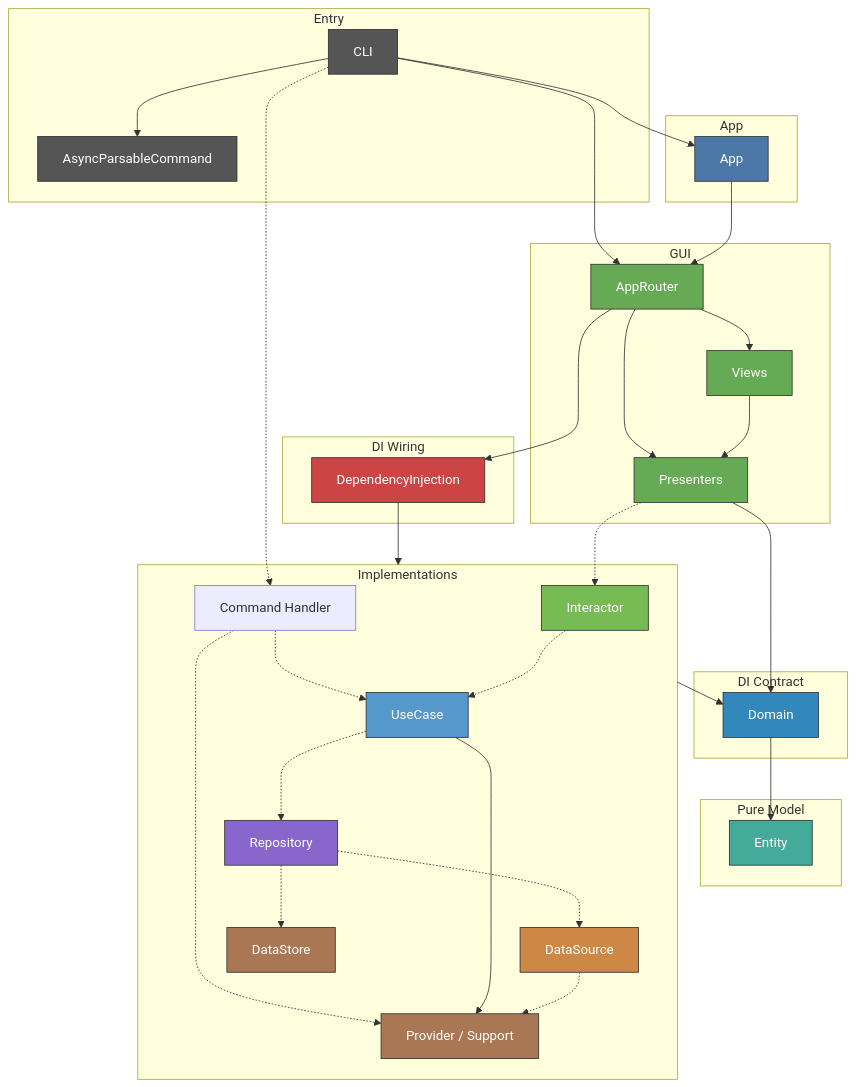
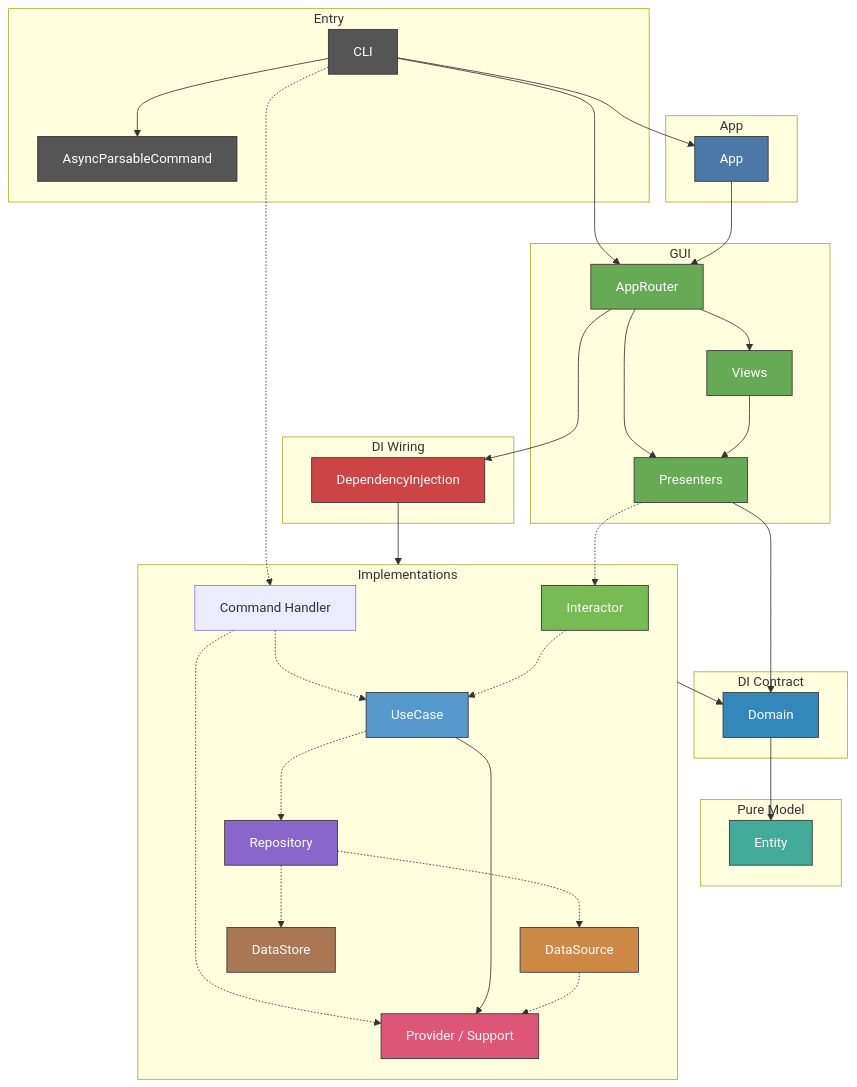
Before and after one commit to GeneralD/lyra: the first of 2 diagrams in .claude/CLAUDE.md, drawn with Mermaid. The commit also changed other lines of this file, not shown here.

````diff
--- a/.claude/CLAUDE.md
+++ b/.claude/CLAUDE.md
@@ -43,73 +43,73 @@
 ```mermaid
 graph TD
     subgraph Entry
         CLI[CLI]
         AsyncParsableCommand[AsyncParsableCommand]
     end
 
     subgraph AppLayer["App"]
         App[App]
     end
 
     subgraph GUI
         AppRouter[AppRouter]
         Views[Views]
         Presenters[Presenters]
     end
 
     subgraph DI Wiring
         DependencyInjection[DependencyInjection]
     end
 
     subgraph DI Contract
         Domain[Domain]
     end
 
     subgraph Pure Model
         Entity[Entity]
     end
 
     subgraph Implementations
         CommandHandler[Command Handler]
         Interactor[Interactor]
         UseCase[UseCase]
         Repository[Repository]
         DataSource[DataSource]
         DataStore[DataStore]
         Support[Provider / Support]
     end
 
     CLI --> App & AppRouter & AsyncParsableCommand
     App --> AppRouter
     AppRouter --> Views & Presenters & DependencyInjection
     DependencyInjection --> Implementations
     Views --> Presenters
     Presenters --> Domain
     Implementations --> Domain
     Domain --> Entity
 
     CLI -.-> CommandHandler
     Presenters -.-> Interactor
     CommandHandler -.-> UseCase & Support
     Interactor -.-> UseCase
     UseCase -.-> Repository
     UseCase --> Support
     Repository -.-> DataSource & DataStore
     DataSource -.-> Support
 
     style AsyncParsableCommand fill:#555,stroke:#333,color:#fff
     style CLI fill:#555,stroke:#333,color:#fff
     style App fill:#4c78a8,stroke:#333,color:#fff
     style AppRouter fill:#6a5,stroke:#333,color:#fff
     style Views fill:#6a5,stroke:#333,color:#fff
     style Presenters fill:#6a5,stroke:#333,color:#fff
     style DependencyInjection fill:#c44,stroke:#333,color:#fff
     style Entity fill:#4a9,stroke:#333,color:#fff
     style Domain fill:#38b,stroke:#333,color:#fff
     style Interactor fill:#7b5,stroke:#333,color:#fff
     style UseCase fill:#59c,stroke:#333,color:#fff
     style Repository fill:#86c,stroke:#333,color:#fff
     style DataSource fill:#c84,stroke:#333,color:#fff
-    style Support fill:#a75,stroke:#333,color:#fff
+    style Support fill:#d57,stroke:#333,color:#fff
     style DataStore fill:#a75,stroke:#333,color:#fff
 ```
````
